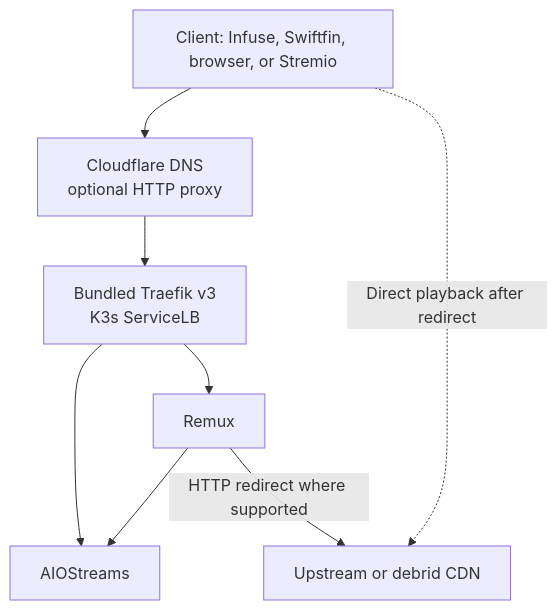
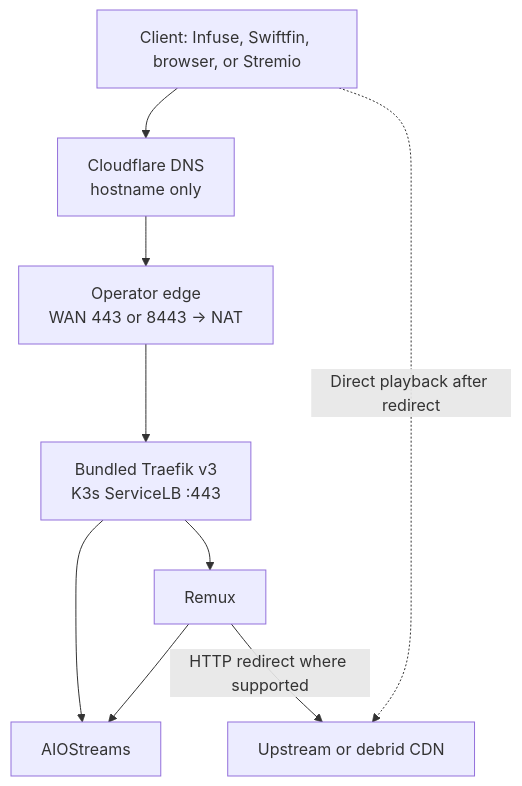
The diagram in README.md (FabioCamin8/k3s-streaming-stack), drawn with Mermaid before and after one commit. The commit also changed other lines of this file and 11 other files, not shown here.

````diff
--- a/README.md
+++ b/README.md
@@ -44,10 +44,11 @@
 ```mermaid
 flowchart TD
-    Client[Client: Infuse, Swiftfin, browser, or Stremio] --> DNS[Cloudflare DNS<br/>optional HTTP proxy]
-    DNS --> Traefik[Bundled Traefik v3<br/>K3s ServiceLB]
+    Client[Client: Infuse, Swiftfin, browser, or Stremio] --> DNS[Cloudflare DNS<br/>hostname only]
+    DNS --> Edge[Operator edge<br/>WAN 443 or 8443 -> NAT]
+    Edge --> Traefik[Bundled Traefik v3<br/>K3s ServiceLB :443]
     Traefik --> AIO[AIOStreams]
     Traefik --> Remux[Remux]
     Remux --> AIO
     Remux -->|HTTP redirect where supported| CDN[Upstream or debrid CDN]
     Client -.->|Direct playback after redirect| CDN
 ```
````
